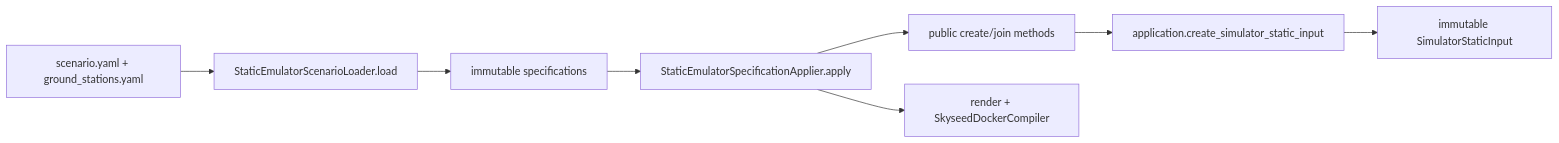
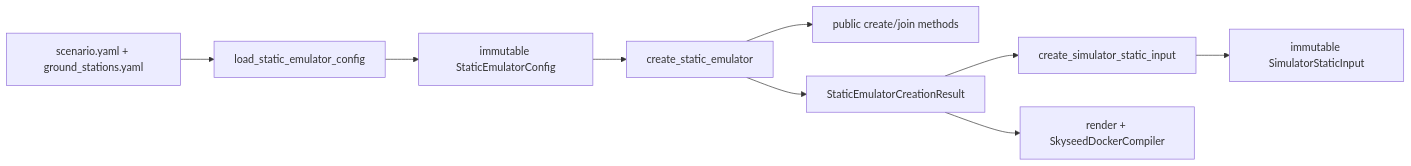
The fifth of 7 diagrams in skyseed_v2/docs/architecture/diagrams.md (seed-labs/skyseed), drawn with Mermaid before and after one commit. The commit also changed other lines of this file and 61 other files, not shown here.

````diff
--- a/skyseed_v2/docs/architecture/diagrams.md
+++ b/skyseed_v2/docs/architecture/diagrams.md
@@ -109,11 +115,12 @@
 ```mermaid
 flowchart LR
     YAML[scenario.yaml + ground_stations.yaml]
-    YAML --> L[StaticEmulatorScenarioLoader.load]
-    L --> SPEC[immutable specifications]
-    SPEC --> APP[StaticEmulatorSpecificationApplier.apply]
-    APP --> CREATE[public create/join methods]
-    CREATE --> CONVERT[application.create_simulator_static_input]
+    YAML --> L[load_static_emulator_config]
+    L --> CONFIG[immutable StaticEmulatorConfig]
+    CONFIG --> CREATE[create_static_emulator]
+    CREATE --> ENTITIES[public create/join methods]
+    CREATE --> RESULT[StaticEmulatorCreationResult]
+    RESULT --> CONVERT[create_simulator_static_input]
     CONVERT --> INPUT[immutable SimulatorStaticInput]
-    APP --> COMP[render + SkyseedDockerCompiler]
+    RESULT --> COMP[render + SkyseedDockerCompiler]
 ```
````
